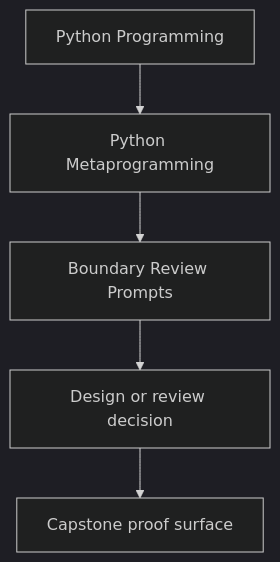
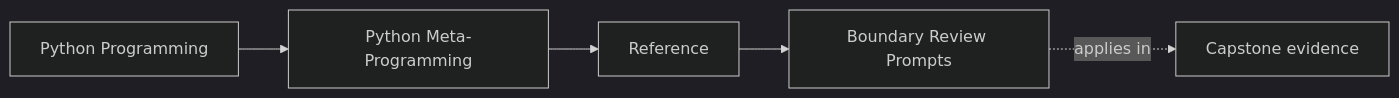
Before and after one commit to bijux/bijux-masterclass: the first of 2 diagrams in programs/python-programming/python-meta-programming/course-book/reference/boundary-review-prompts.md, drawn with Mermaid (dark theme). The commit also changed other lines of this file and 91 other files, not shown here.

Commit message:
docs(python-meta-programming): map advanced runtime and capstone surfaces

````diff
--- a/programs/python-programming/python-meta-programming/course-book/reference/boundary-review-prompts.md
+++ b/programs/python-programming/python-meta-programming/course-book/reference/boundary-review-prompts.md
@@ -6,7 +6,11 @@
 ```mermaid
-flowchart TD
-  family["Python Programming"] --> program["Python Metaprogramming"]
-  program --> reference["Boundary Review Prompts"]
-  reference --> review["Design or review decision"]
-  review --> capstone["Capstone proof surface"]
+graph LR
+  family["Python Programming"]
+  program["Python Meta-Programming"]
+  section["Reference"]
+  page["Boundary Review Prompts"]
+  capstone["Capstone evidence"]
+
+  family --> program --> section --> page
+  page -.applies in.-> capstone
 ```
````
